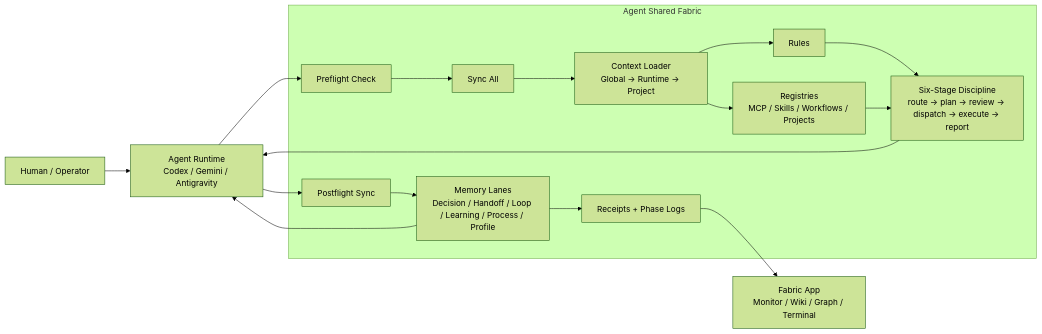
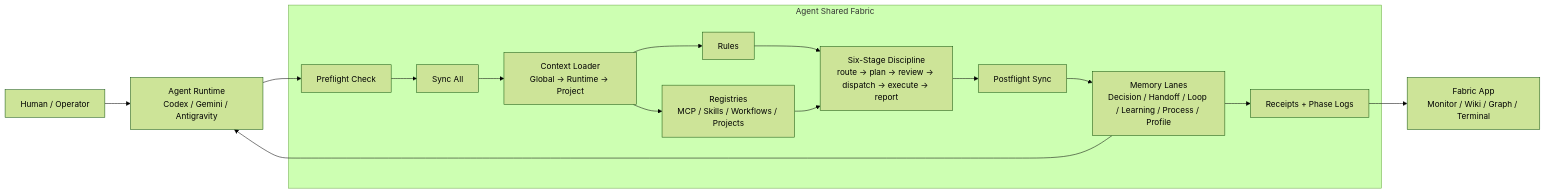
One commit to Fly-Carrot/agent-shared-fabric changed the first of 3 diagrams in README.md. Above: the diagram before and after it, drawn with Mermaid (forest theme). The commit also changed other lines of this file and 2 other files, not shown here.

````diff
--- a/README.md
+++ b/README.md
@@ -87,25 +101,25 @@
 ```mermaid
 flowchart LR
   User[Human / Operator] --> Runtime[Agent Runtime\nCodex / Gemini / Antigravity]
 
   subgraph ASF[Agent Shared Fabric]
     Preflight[Preflight Check]
     SyncAll[Sync All]
     Context[Context Loader\nGlobal -> Runtime -> Project]
     Rules[Rules]
     Registries[Registries\nMCP / Skills / Workflows / Projects]
     SixStage[Six-Stage Discipline\nroute -> plan -> review -> dispatch -> execute -> report]
     Postflight[Postflight Sync]
     Memory[Memory Lanes\nDecision / Handoff / Loop / Learning / Process / Profile]
     Receipts[Receipts + Phase Logs]
   end
 
   Runtime --> Preflight --> SyncAll --> Context
   Context --> Rules --> SixStage
   Context --> Registries --> SixStage
-  SixStage --> Runtime
-  Runtime --> Postflight --> Memory
+  SixStage --> Postflight
+  Postflight --> Memory
   Memory --> Receipts
   Receipts --> FabricApp[Fabric App\nMonitor / Wiki / Graph / Terminal]
   Memory --> Runtime
 ```
````
